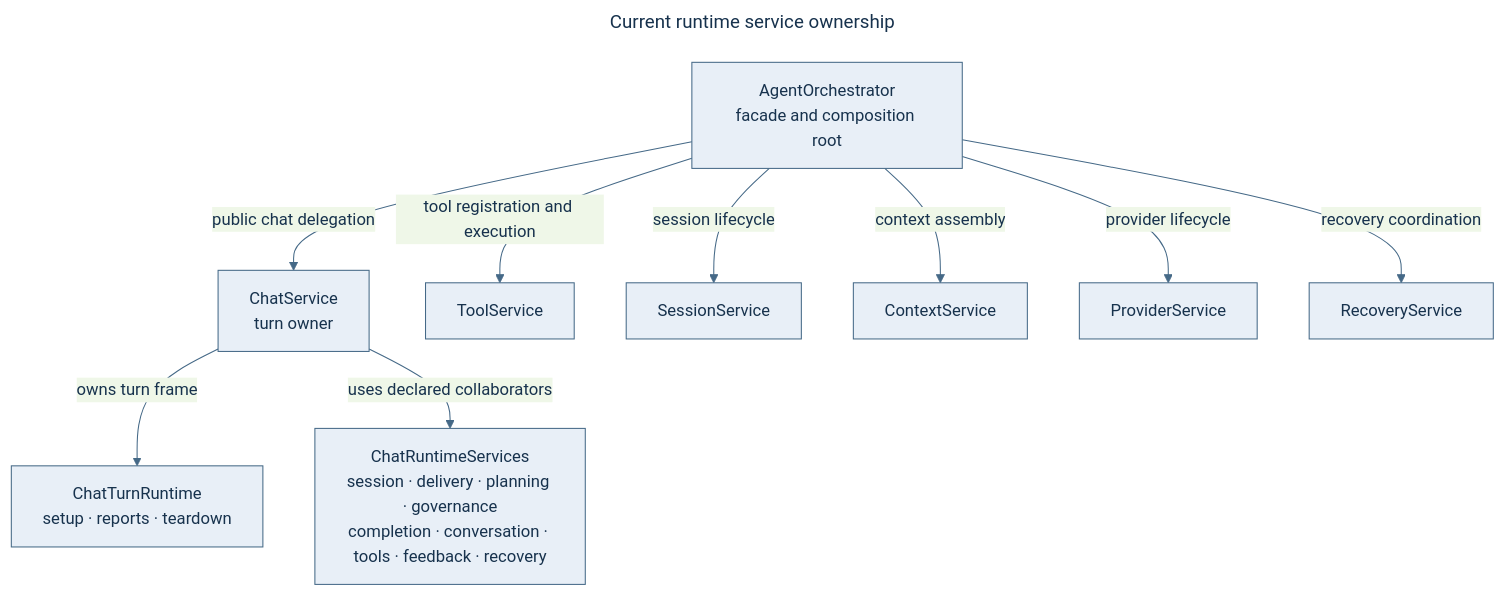
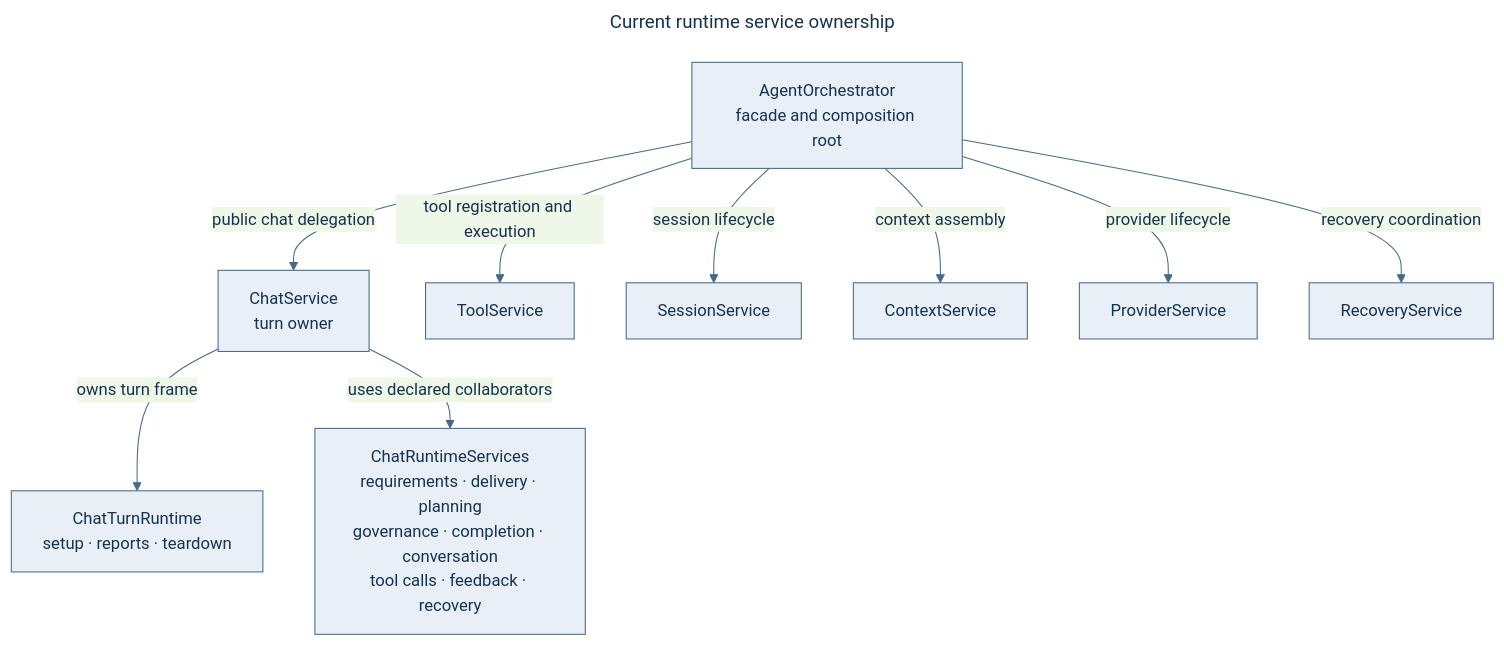
One commit to anvai-labs/victor changed the second of 12 diagrams in docs/architecture.md. Above: the diagram before and after it, drawn with Mermaid. The commit also changed other lines of this file and 15 other files, not shown here.

````diff
--- a/docs/architecture.md
+++ b/docs/architecture.md
@@ -139,24 +155,24 @@
 ```mermaid
 ---
 title: Current runtime service ownership
 ---
 %%{init: {"theme":"base","themeVariables":{"primaryColor":"#E8EFF7","primaryTextColor":"#17324D","primaryBorderColor":"#456987","lineColor":"#456987","fontFamily":"Arial"}}}%%
 flowchart TB
   O["AgentOrchestrator<br/>facade and composition root"]
   C["ChatService<br/>turn owner"]
   F["ChatTurnRuntime<br/>setup · reports · teardown"]
-  V["ChatRuntimeServices<br/>session · delivery · planning · governance<br/>completion · conversation · tools · feedback · recovery"]
+  V["ChatRuntimeServices<br/>requirements · delivery · planning<br/>governance · completion · conversation<br/>tool calls · feedback · recovery"]
   T["ToolService"]
   S["SessionService"]
   X["ContextService"]
   P["ProviderService"]
   R["RecoveryService"]
   O -->|"public chat delegation"| C
   C -->|"owns turn frame"| F
   C -->|"uses declared collaborators"| V
   O -->|"tool registration and execution"| T
   O -->|"session lifecycle"| S
   O -->|"context assembly"| X
   O -->|"provider lifecycle"| P
   O -->|"recovery coordination"| R
 ```
````
